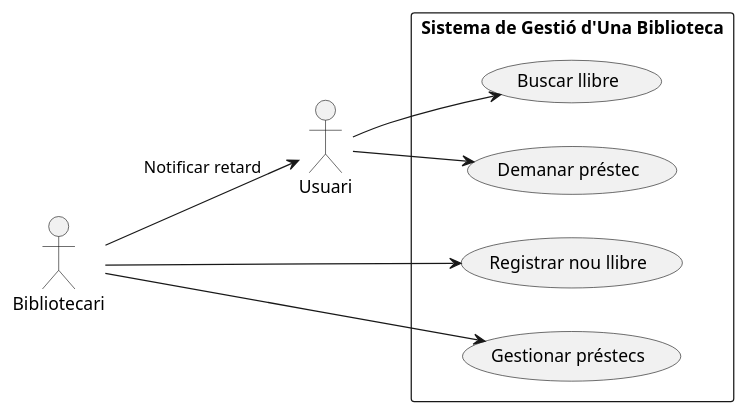
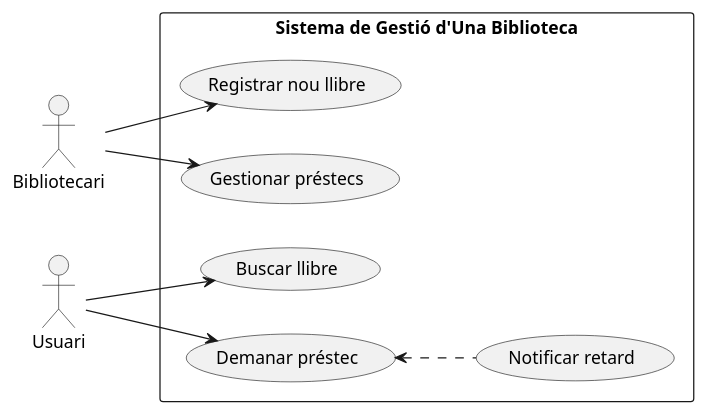
The diagram in src/Biblioteca.puml (Isildu/UML2), drawn with PlantUML before and after one commit. The commit also changed 4 other files, not shown here.

```diff
--- a/src/Biblioteca.puml
+++ b/src/Biblioteca.puml
@@ -1,14 +1,14 @@
 @startuml
 left to right direction
 
 actor Bibliotecari
 actor Usuari
 
 rectangle "Sistema de Gestió d'Una Biblioteca" {
    Usuari --> (Buscar llibre)
    Usuari --> (Demanar préstec)
+   (Demanar préstec) <.. (Notificar retard) <<extend>>
    Bibliotecari --> (Registrar nou llibre)
    Bibliotecari --> (Gestionar préstecs)
-   Bibliotecari --> Usuari: Notificar retard
 }
 @enduml
```
